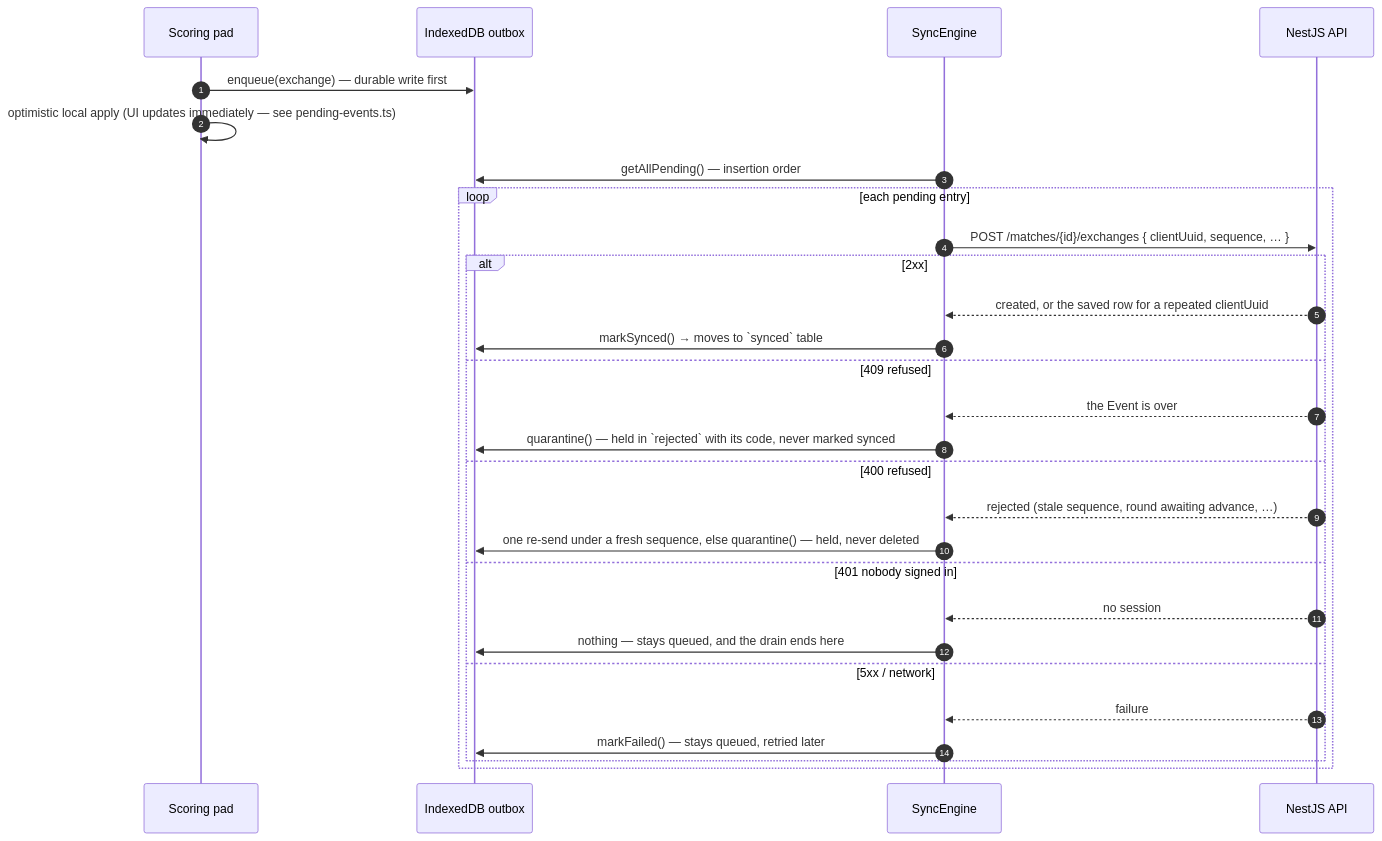
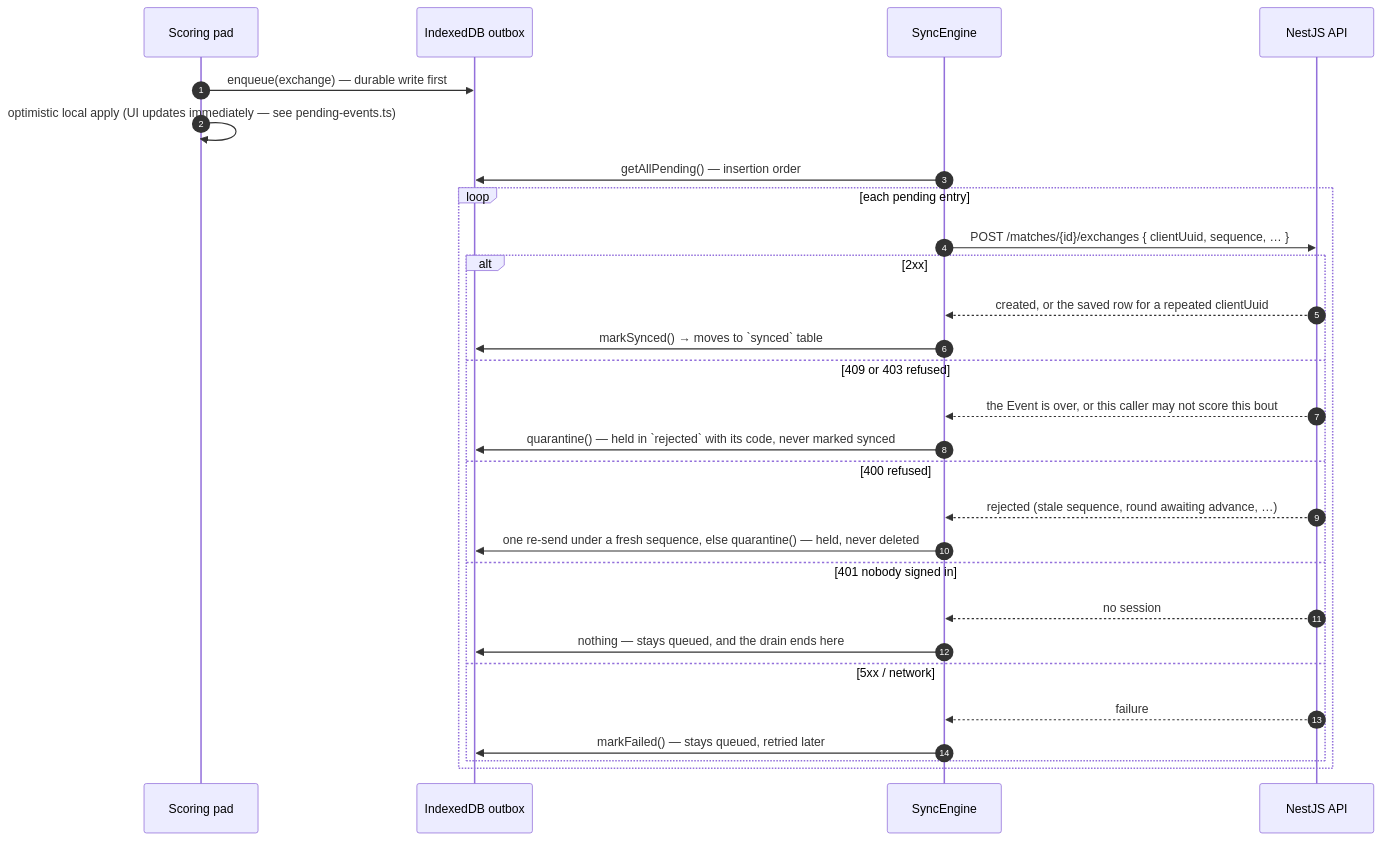
One commit to GrosTony6970/MyClash changed the ninth of 15 diagrams in docs/ARCHITECTURE.md. Above: the diagram before and after it, drawn with Mermaid. The commit also changed other lines of this file and 7 other files, not shown here.

````diff
--- a/docs/ARCHITECTURE.md
+++ b/docs/ARCHITECTURE.md
@@ -1099,31 +1099,31 @@
 ```mermaid
 sequenceDiagram
   autonumber
   participant P as Scoring pad
   participant O as IndexedDB outbox
   participant E as SyncEngine
   participant A as NestJS API
 
   P->>O: enqueue(exchange) — durable write first
   P->>P: optimistic local apply (UI updates immediately — see pending-events.ts)
   E->>O: getAllPending() — insertion order
   loop each pending entry
     E->>A: POST /matches/{id}/exchanges { clientUuid, sequence, … }
     alt 2xx
       A-->>E: created, or the saved row for a repeated clientUuid
       E->>O: markSynced() → moves to `synced` table
-    else 409 refused
-      A-->>E: the Event is over
+    else 409 or 403 refused
+      A-->>E: the Event is over, or this caller may not score this bout
       E->>O: quarantine() — held in `rejected` with its code, never marked synced
     else 400 refused
       A-->>E: rejected (stale sequence, round awaiting advance, …)
       E->>O: one re-send under a fresh sequence, else quarantine() — held, never deleted
     else 401 nobody signed in
       A-->>E: no session
       E->>O: nothing — stays queued, and the drain ends here
     else 5xx / network
       A-->>E: failure
       E->>O: markFailed() — stays queued, retried later
     end
   end
 ```
````
